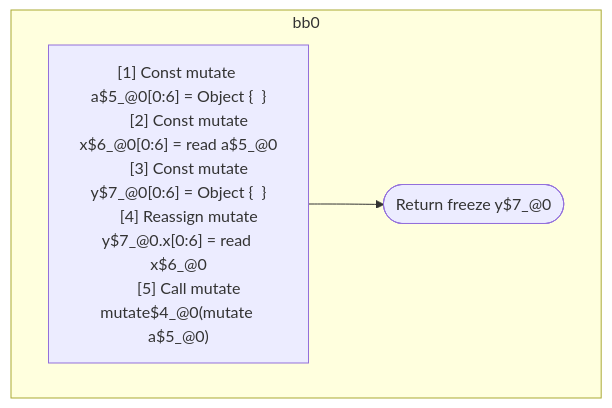
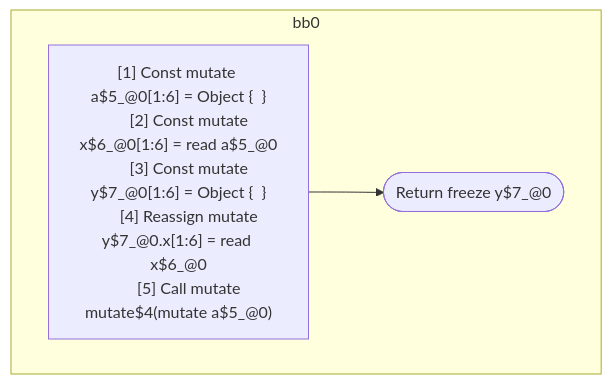
Before and after one commit to wutsmog/private: the diagram in compiler/forget/src/__tests__/fixtures/hir/ssa-property-alias-mutate.expect.md, drawn with Mermaid. The commit also changed other lines of this file and 100 other files, not shown here.

````diff
--- a/compiler/forget/src/__tests__/fixtures/hir/ssa-property-alias-mutate.expect.md
+++ b/compiler/forget/src/__tests__/fixtures/hir/ssa-property-alias-mutate.expect.md
@@ -33,17 +50,17 @@
 ```mermaid
 flowchart TB
   %% Basic Blocks
   subgraph bb0
     bb0_instrs["
-      [1] Const mutate a$5_@0[0:6] = Object {  }
-      [2] Const mutate x$6_@0[0:6] = read a$5_@0
-      [3] Const mutate y$7_@0[0:6] = Object {  }
-      [4] Reassign mutate y$7_@0.x[0:6] = read x$6_@0
-      [5] Call mutate mutate$4_@0(mutate a$5_@0)
+      [1] Const mutate a$5_@0[1:6] = Object {  }
+      [2] Const mutate x$6_@0[1:6] = read a$5_@0
+      [3] Const mutate y$7_@0[1:6] = Object {  }
+      [4] Reassign mutate y$7_@0.x[1:6] = read x$6_@0
+      [5] Call mutate mutate$4(mutate a$5_@0)
     "]
     bb0_instrs --> bb0_terminal(["Return freeze y$7_@0"])
   end
 
   %% Jumps
   %% empty
 ```
````
